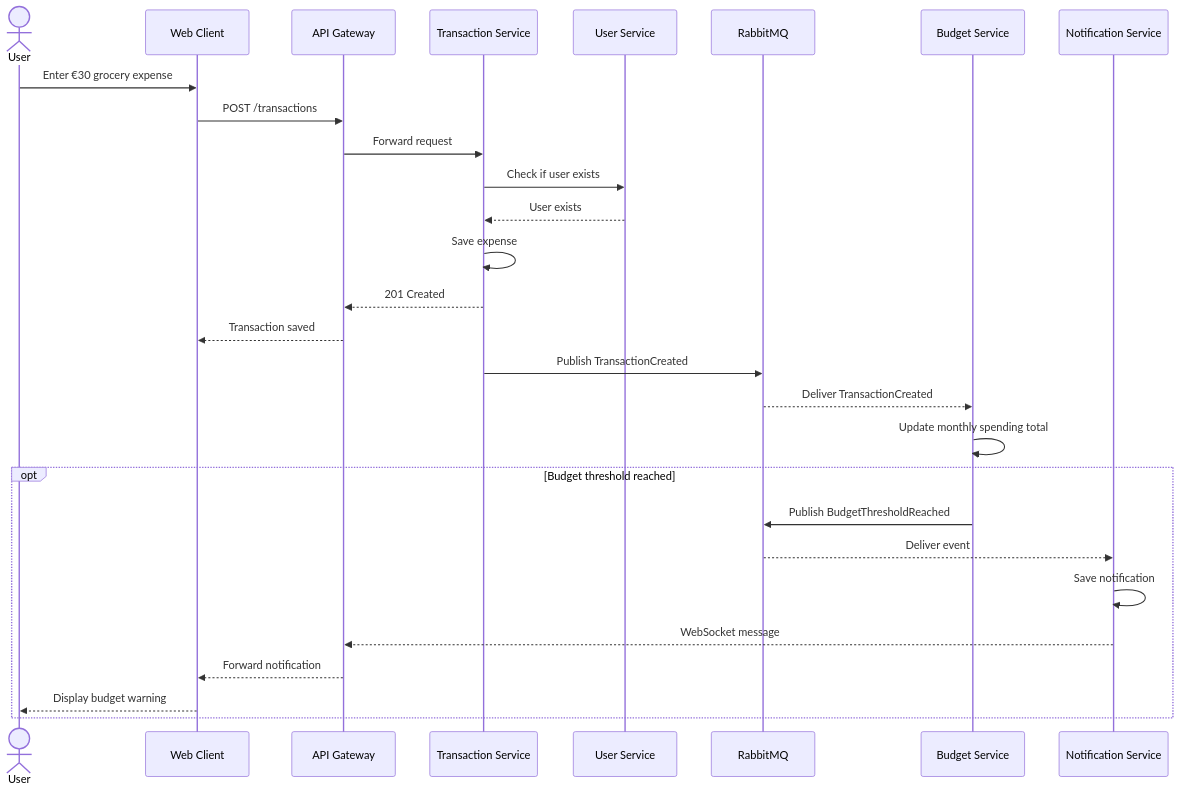
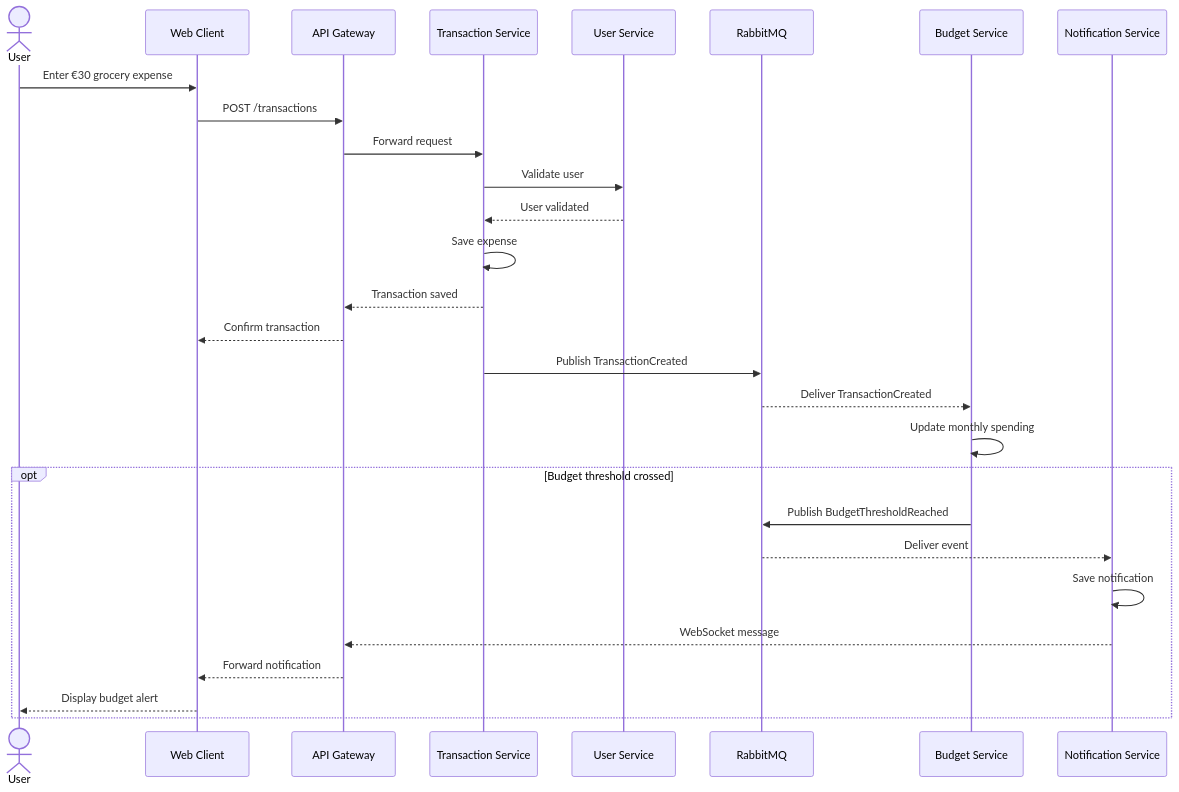
Before and after one commit to lojain1221/spend-wise: the diagram in docs/03-communication.md, drawn with Mermaid. The commit also changed other lines of this file, not shown here.

````diff
--- a/docs/03-communication.md
+++ b/docs/03-communication.md
@@ -15,32 +15,32 @@
 ```mermaid
 sequenceDiagram
     actor Person as User
     participant Web as Web Client
     participant GW as API Gateway
     participant TX as Transaction Service
     participant US as User Service
     participant MQ as RabbitMQ
     participant BU as Budget Service
     participant NO as Notification Service
 
     Person->>Web: Enter €30 grocery expense
     Web->>GW: POST /transactions
     GW->>TX: Forward request
-    TX->>US: Check if user exists
-    US-->>TX: User exists
+    TX->>US: Validate user
+    US-->>TX: User validated
     TX->>TX: Save expense
-    TX-->>GW: 201 Created
-    GW-->>Web: Transaction saved
+    TX-->>GW: Transaction saved
+    GW-->>Web: Confirm transaction
     TX->>MQ: Publish TransactionCreated
     MQ-->>BU: Deliver TransactionCreated
-    BU->>BU: Update monthly spending total
+    BU->>BU: Update monthly spending
 
-    opt Budget threshold reached
+    opt Budget threshold crossed
         BU->>MQ: Publish BudgetThresholdReached
         MQ-->>NO: Deliver event
         NO->>NO: Save notification
         NO-->>GW: WebSocket message
         GW-->>Web: Forward notification
-        Web-->>Person: Display budget warning
+        Web-->>Person: Display budget alert
     end
 ```
````
